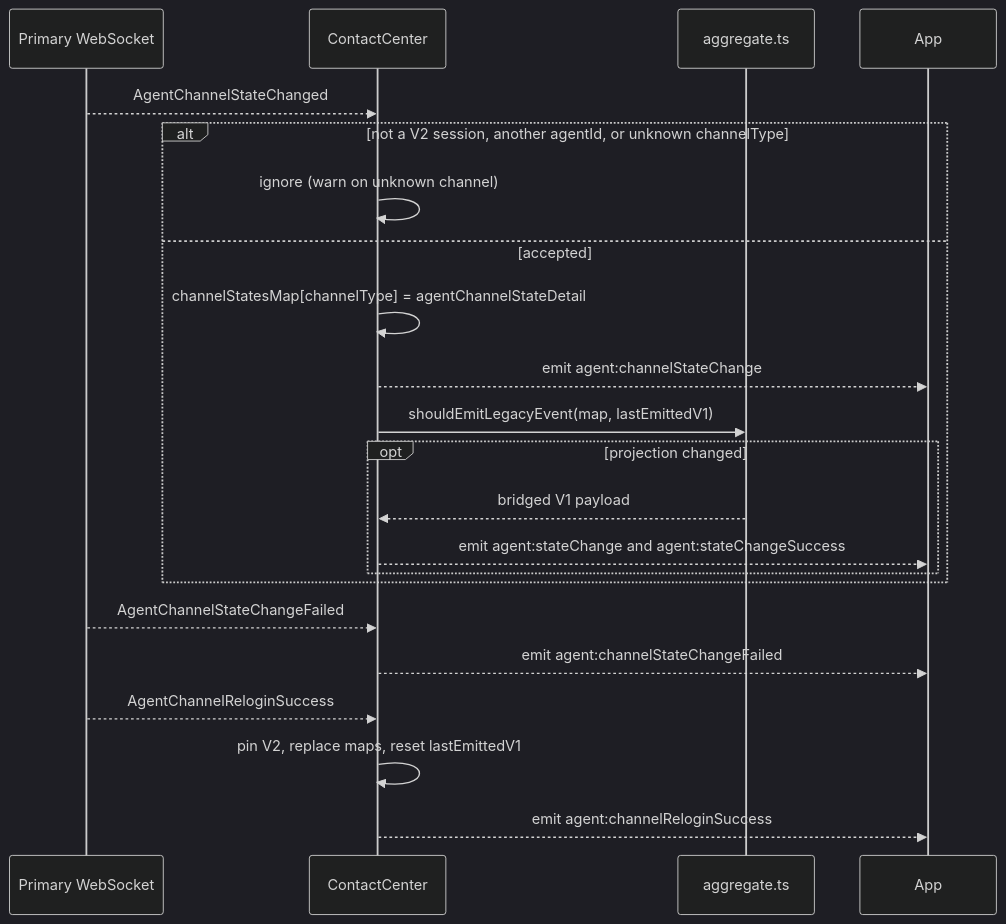
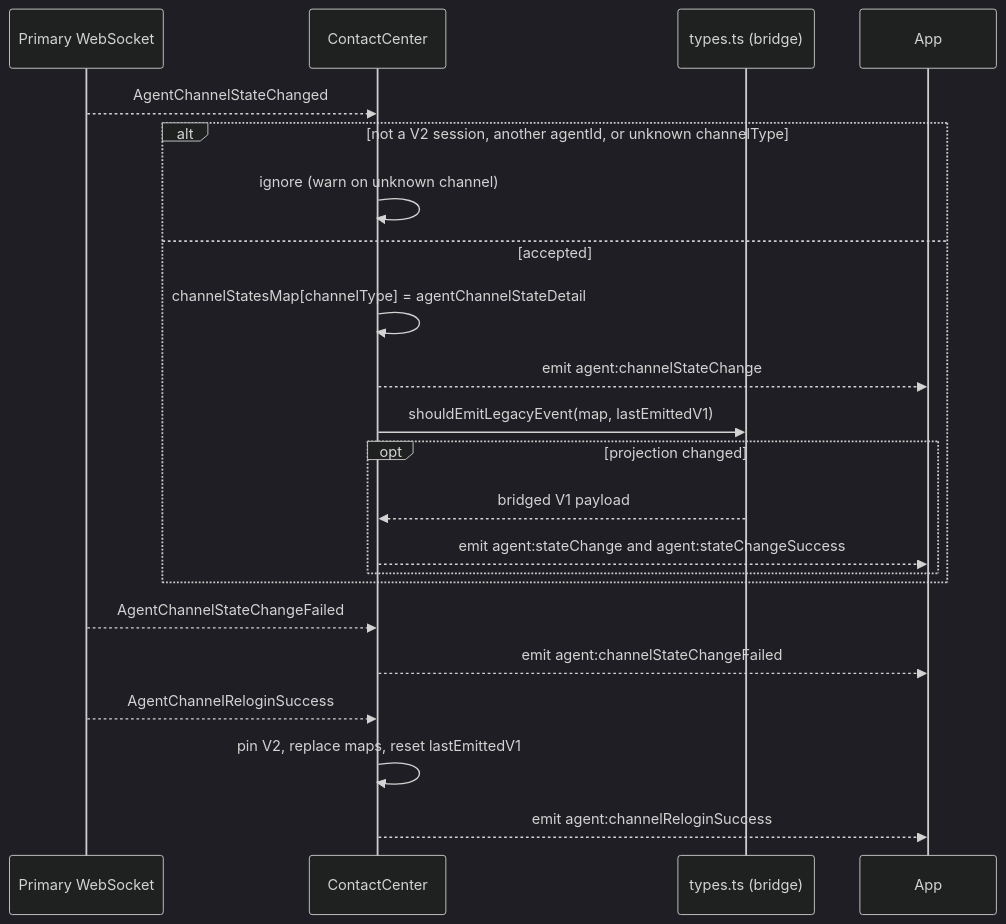
One commit to webex/webex-js-sdk changed the sixth of 10 diagrams in packages/@webex/contact-center/src/docs/README.md. Above: the diagram before and after it, drawn with Mermaid (dark theme). The commit also changed other lines of this file and 5 other files, not shown here.

First line of the commit message:
refactor(contact-center): merge aggregate.ts into types.ts and consolidate tests

````diff
--- a/packages/@webex/contact-center/src/docs/README.md
+++ b/packages/@webex/contact-center/src/docs/README.md
@@ -457,24 +457,24 @@
 ```mermaid
 sequenceDiagram
   participant WS as Primary WebSocket
   participant CC as ContactCenter
-  participant Agg as aggregate.ts
+  participant Agg as types.ts (bridge)
   participant App
   WS-->>CC: AgentChannelStateChanged
   alt not a V2 session, another agentId, or unknown channelType
     CC->>CC: ignore (warn on unknown channel)
   else accepted
     CC->>CC: channelStatesMap[channelType] = agentChannelStateDetail
     CC-->>App: emit agent:channelStateChange
     CC->>Agg: shouldEmitLegacyEvent(map, lastEmittedV1)
     opt projection changed
       Agg-->>CC: bridged V1 payload
       CC-->>App: emit agent:stateChange and agent:stateChangeSuccess
     end
   end
   WS-->>CC: AgentChannelStateChangeFailed
   CC-->>App: emit agent:channelStateChangeFailed
   WS-->>CC: AgentChannelReloginSuccess
   CC->>CC: pin V2, replace maps, reset lastEmittedV1
   CC-->>App: emit agent:channelReloginSuccess
 ```
````
